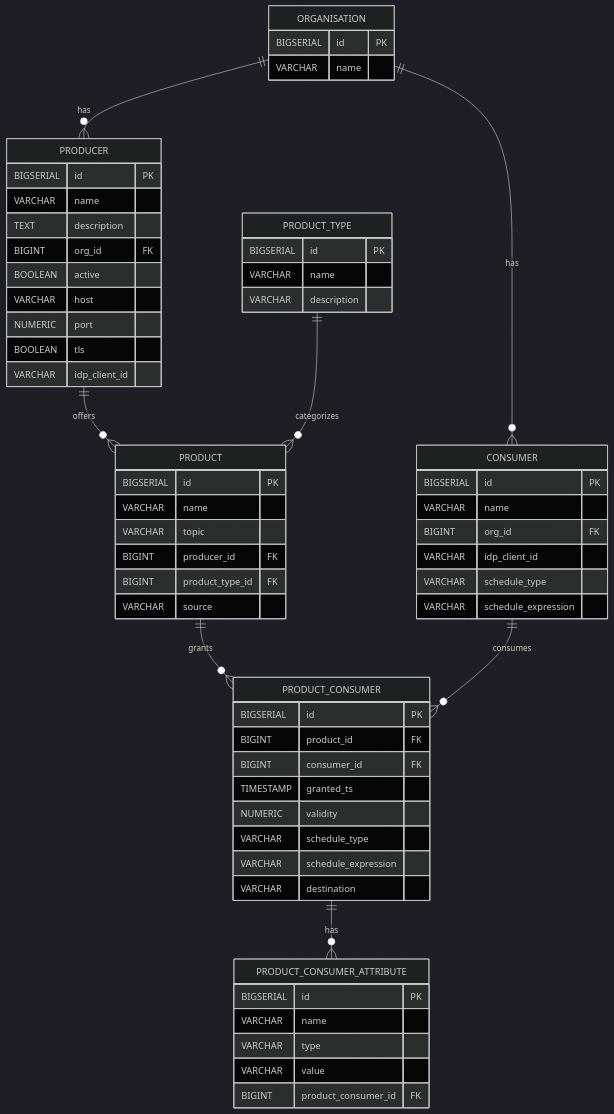
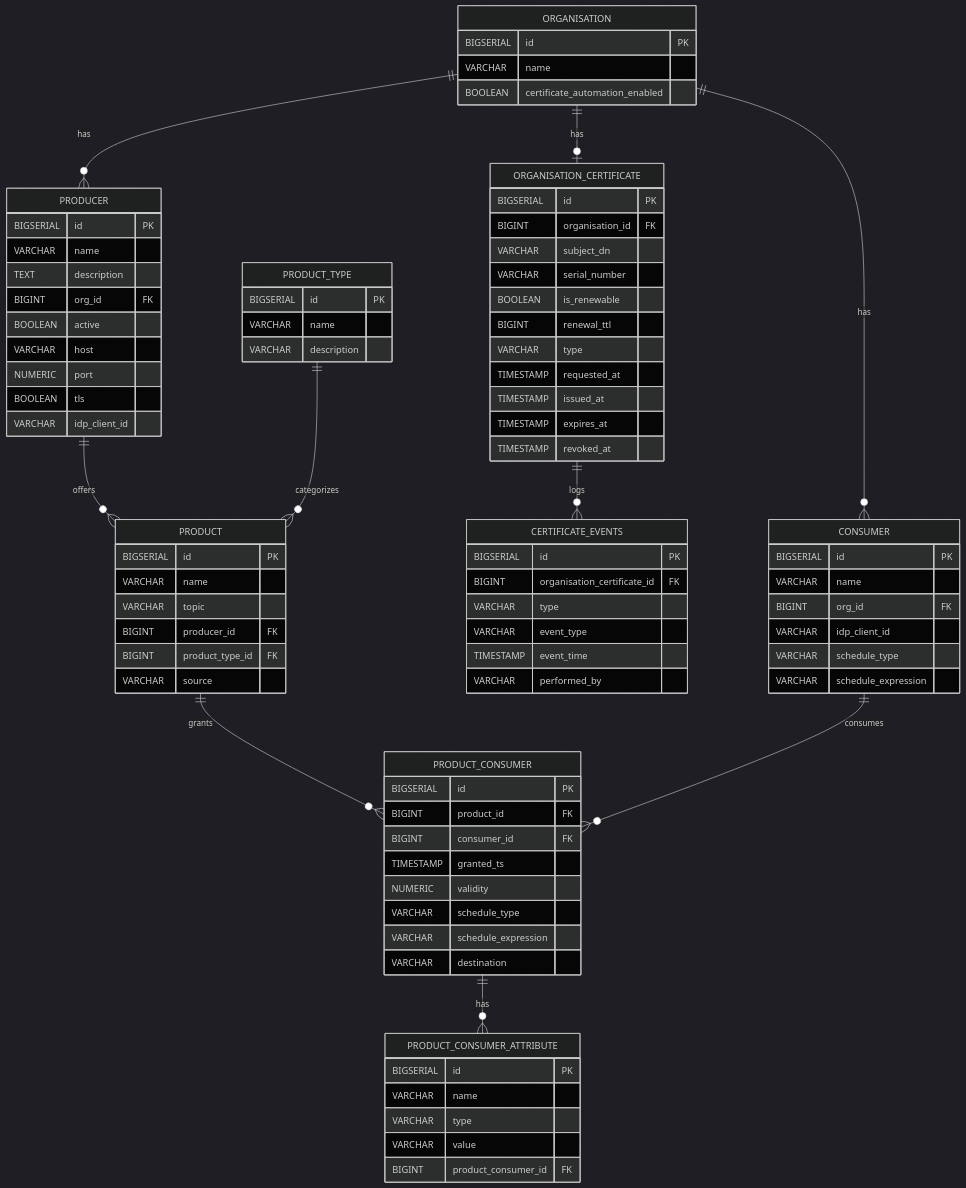
Before and after one commit to National-Digital-Twin/management-node: the diagram in docs/DATABASE_SCHEMA.md, drawn with Mermaid (dark theme). The commit also changed other lines of this file and 5 other files, not shown here.

````diff
--- a/docs/DATABASE_SCHEMA.md
+++ b/docs/DATABASE_SCHEMA.md
@@ -30,6 +32,8 @@
 erDiagram
   ORGANISATION ||--o{ PRODUCER : has
   ORGANISATION ||--o{ CONSUMER : has
+  ORGANISATION ||--o| ORGANISATION_CERTIFICATE : has
+  ORGANISATION_CERTIFICATE ||--o{ CERTIFICATE_EVENTS : logs
   PRODUCER ||--o{ PRODUCT : offers
   PRODUCT ||--o{ PRODUCT_CONSUMER : grants
   CONSUMER ||--o{ PRODUCT_CONSUMER : consumes
@@ -39,6 +43,7 @@
   ORGANISATION {
     BIGSERIAL id PK
     VARCHAR name
+    BOOLEAN certificate_automation_enabled
   }
   PRODUCER {
     BIGSERIAL id PK
@@ -90,4 +95,25 @@
     VARCHAR value
     BIGINT product_consumer_id FK
   }
+  ORGANISATION_CERTIFICATE {
+    BIGSERIAL id PK
+    BIGINT organisation_id FK
+    VARCHAR subject_dn
+    VARCHAR serial_number
+    BOOLEAN is_renewable
+    BIGINT renewal_ttl
+    VARCHAR type
+    TIMESTAMP requested_at
+    TIMESTAMP issued_at
+    TIMESTAMP expires_at
+    TIMESTAMP revoked_at
+  }
+  CERTIFICATE_EVENTS {
+    BIGSERIAL id PK
+    BIGINT organisation_certificate_id FK
+    VARCHAR type
+    VARCHAR event_type
+    TIMESTAMP event_time
+    VARCHAR performed_by
+  }
 ```
````
